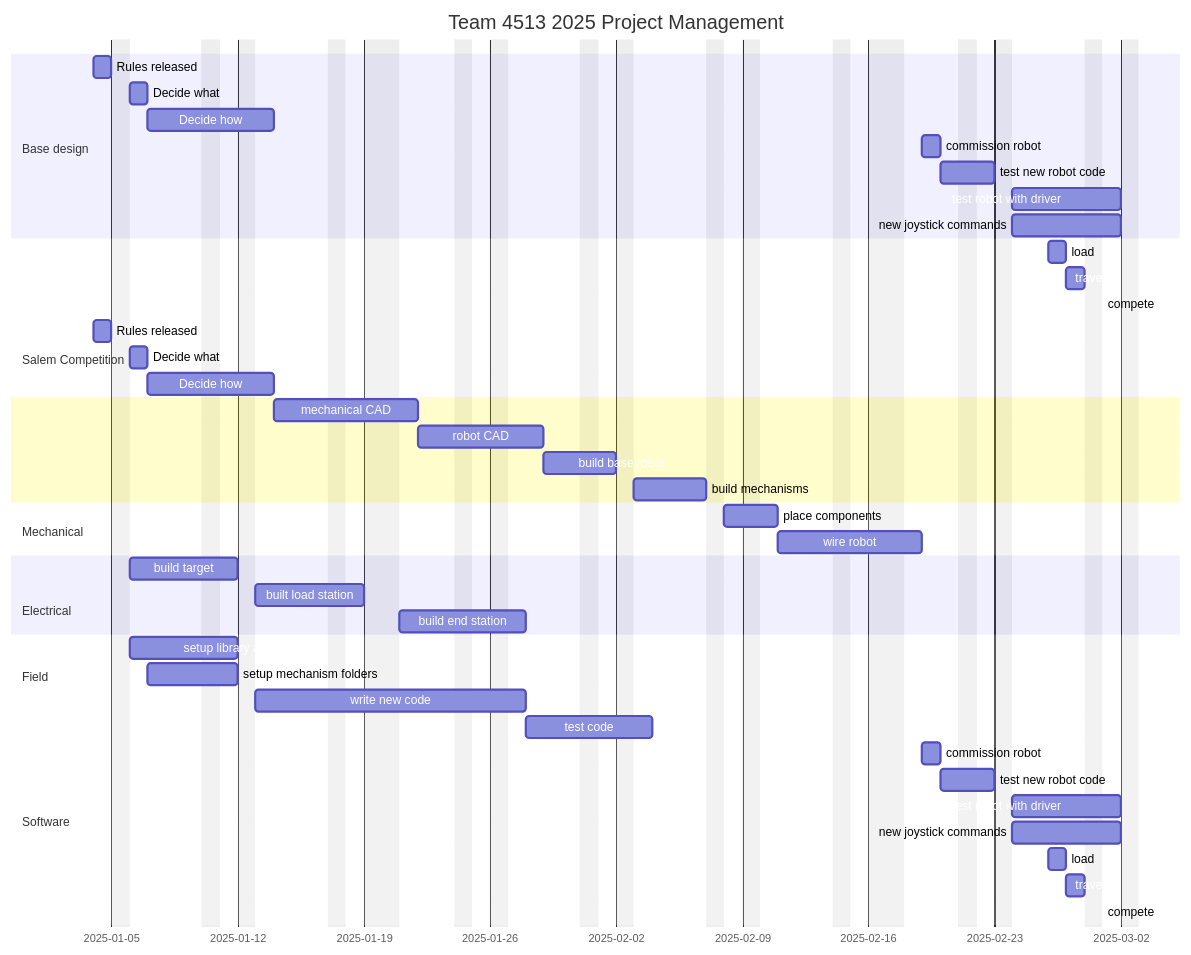
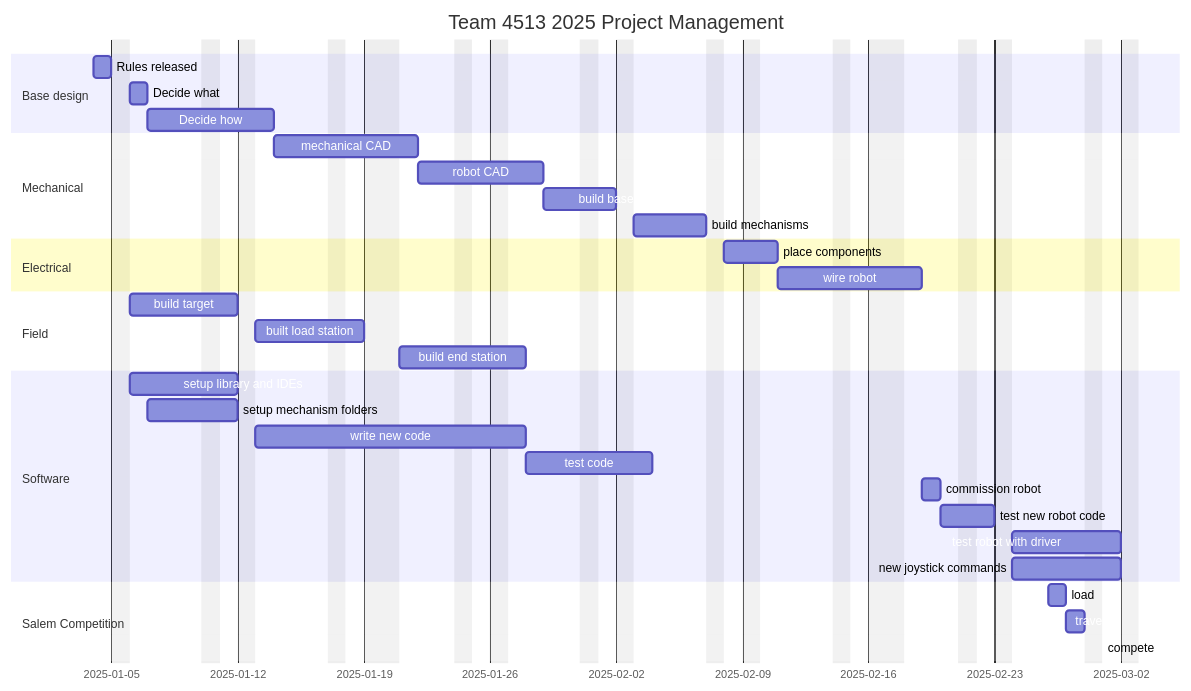
The diagram in mermaid/gantt-chart.mmd (FIRST4513/Robot-Manual), drawn with Mermaid before and after one commit.

Commit message:
do more corrections

```diff
--- a/mermaid/gantt-chart.mmd
+++ b/mermaid/gantt-chart.mmd
@@ -1,52 +1,39 @@
 gantt
     title Team 4513 2025 Project Management
     dateFormat  YYYY-MM-DD
     excludes Friday Sunday 2025-01-20 2025-02-14 2025-02-17 2025-03-13 2025-03-14 2025-03-21
 
     section Base design
-    Rules released   : bas1, 2025-01-04, 1d
-    Decide what      : bas2, after bas1  , 1d
-    Decide how       : bas3, after bas2  , 5d
-
-    commission robot        : soft5, after ele5 soft4, 1d
-    test new robot code     : soft6, after soft5, 2d
-    test robot with driver  : soft7, after soft6, 5d
-    new joystick commands   : soft8, after soft6, 5d
-
-    section Salem Competition
-    load           : comp1, 2025-02-26, 1d
-    travel         : comp2, after comp1, 1d
-    compete        : comp3, after comp2, 2025-03-01
     Rules released   : bas1, 2025-01-04, 1d
     Decide what      : bas2, after bas1  , 1d
     Decide how       : bas3, after bas2  , 5d
 
     section Mechanical
     mechanical CAD   : mech1, after bas3 , 5d
     robot CAD        : mech2, after mech1, 5d
     build base robot : mech3, after mech2, 3d
     build mechanisms : mech4, after mech3, 4d
 
     section Electrical
     place components  : ele4, after mech4, 2d
     wire robot        : ele5, after ele4, 5d
 
     section Field
     build target       : field1, after bas1, 5d
     built load station : field2, after field1, 5d
     build end station  : field3, after field2, 5d
 
     section Software
     setup library and IDEs  : soft1, after bas1,5d
     setup mechanism folders : soft2, after bas2, 4d
     write new code          : soft3, after soft2, 10d
     test code               : soft4, after soft3, 5d
     commission robot        : soft5, after ele5 soft4, 1d
     test new robot code     : soft6, after soft5, 2d
     test robot with driver  : soft7, after soft6, 5d
     new joystick commands   : soft8, after soft6, 5d
 
     section Salem Competition
     load           : comp1, 2025-02-26, 1d
     travel         : comp2, after comp1, 1d
     compete        : comp3, after comp2, 2025-03-01
```
